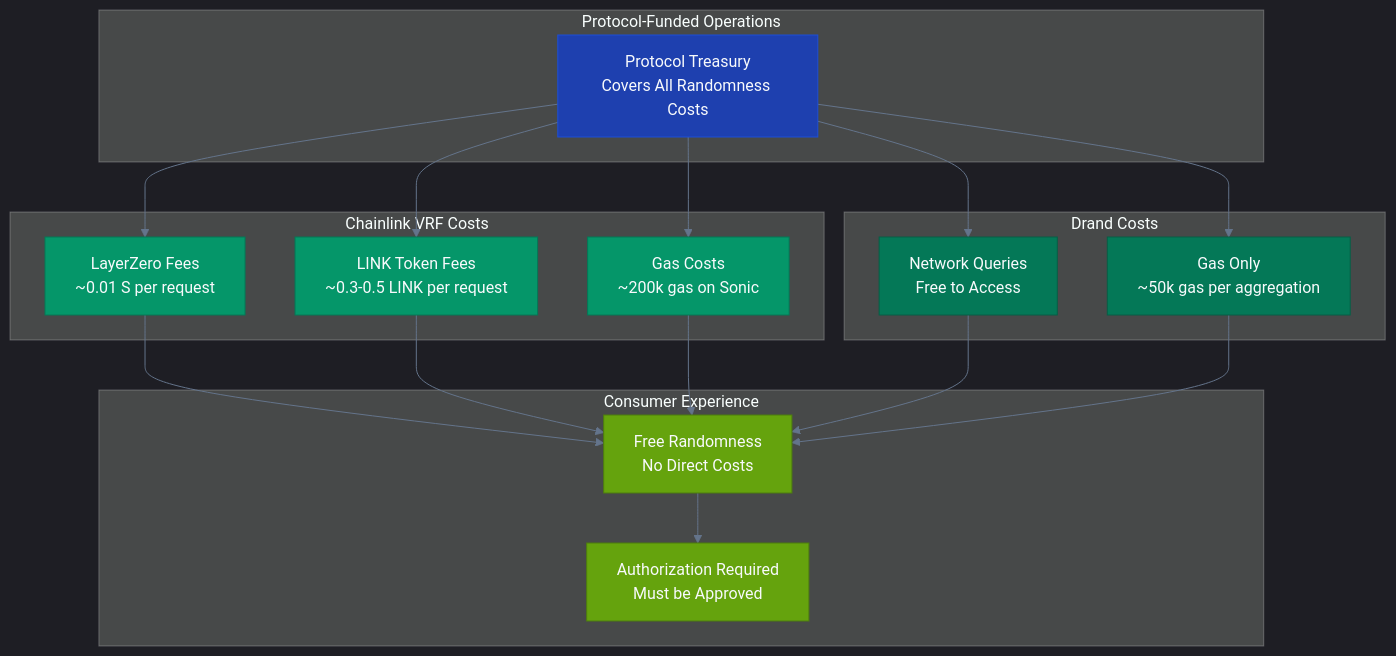
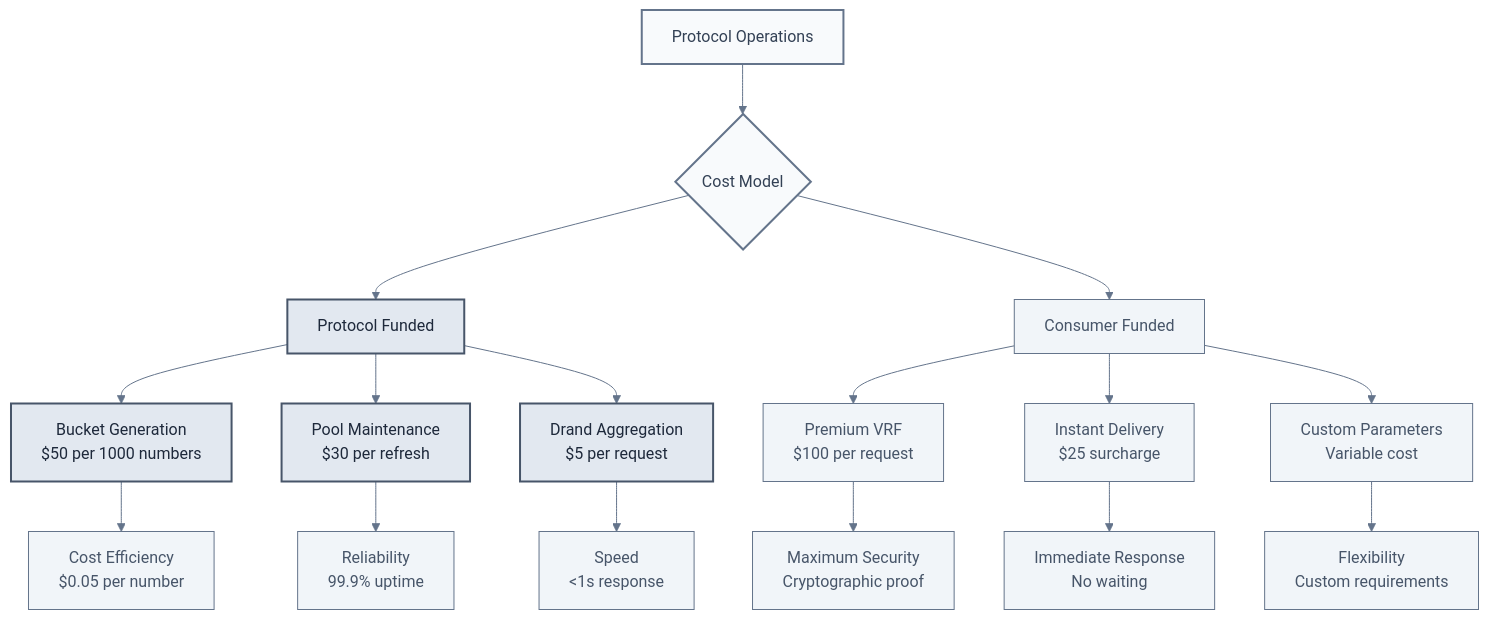
Before and after one commit to wenakita/sonicreddragon-docs: the seventh of 8 diagrams in docs/contracts/core/randomness-provider.md, drawn with Mermaid. The commit also changed other lines of this file and 3 other files, not shown here.

````diff
--- a/docs/contracts/core/randomness-provider.md
+++ b/docs/contracts/core/randomness-provider.md
@@ -513,54 +453,44 @@
 ```mermaid
 %%{init: {
-  'theme': 'dark',
+  'theme': 'base',
   'themeVariables': {
-    'primaryColor': '#be185d',
-    'primaryTextColor': '#f8fafc',
-    'lineColor': '#64748b'
+    'primaryColor': '#f8fafc',
+    'primaryTextColor': '#334155',
+    'primaryBorderColor': '#64748b',
+    'lineColor': '#64748b',
+    'secondaryColor': '#f1f5f9',
+    'tertiaryColor': '#e2e8f0'
   }
 }}%%
+
 graph TD
-    subgraph "Protocol-Funded Operations"
-        A["Protocol Treasury<br/>Covers All Randomness Costs"]
-    end
+    A[Protocol Operations] --> B{Cost Model}
     
-    subgraph "Chainlink VRF Costs"
-        B["LayerZero Fees<br/>~0.01 S per request"]
-        C["LINK Token Fees<br/>~0.3-0.5 LINK per request"]
-        D["Gas Costs<br/>~200k gas on Sonic"]
-    end
+    B --> C[Protocol Funded]
+    B --> D[Consumer Funded]
     
-    subgraph "Drand Costs"
-        E["Network Queries<br/>Free to Access"]
-        F["Gas Only<br/>~50k gas per aggregation"]
-    end
+    C --> E[Bucket Generation<br/>$50 per 1000 numbers]
+    C --> F[Pool Maintenance<br/>$30 per refresh]
+    C --> G[Drand Aggregation<br/>$5 per request]
     
-    subgraph "Consumer Experience"
-        G["Free Randomness<br/>No Direct Costs"]
-        H["Authorization Required<br/>Must be Approved"]
-    end
+    D --> H[Premium VRF<br/>$100 per request]
+    D --> I[Instant Delivery<br/>$25 surcharge]
+    D --> J[Custom Parameters<br/>Variable cost]
     
-    A --> B
-    A --> C
-    A --> D
-    A --> E
-    A --> F
+    E --> K[Cost Efficiency<br/>$0.05 per number]
+    F --> L[Reliability<br/>99.9% uptime]
+    G --> M[Speed<br/>&lt;1s response]
     
-    B --> G
-    C --> G
-    D --> G
-    E --> G
-    F --> G
+    H --> N[Maximum Security<br/>Cryptographic proof]
+    I --> O[Immediate Response<br/>No waiting]
+    J --> P[Flexibility<br/>Custom requirements]
+
+    classDef default fill:#f8fafc,stroke:#64748b,stroke-width:2px,color:#334155
+    classDef protocol fill:#e2e8f0,stroke:#475569,stroke-width:2px,color:#1e293b
+    classDef consumer fill:#f1f5f9,stroke:#64748b,stroke-width:1px,color:#475569
+    classDef benefit fill:#f1f5f9,stroke:#64748b,stroke-width:1px,color:#475569
     
-    G --> H
-    
-    classDef protocol fill:#1e40af,stroke:#1d4ed8,color:#f8fafc
-    classDef chainlink fill:#059669,stroke:#047857,color:#f8fafc
-    classDef drand fill:#047857,stroke:#065f46,color:#f8fafc
-    classDef consumer fill:#65a30d,stroke:#4d7c0f,color:#f8fafc
-    
-    class A protocol
-    class B,C,D chainlink
-    class E,F drand
-    class G,H consumer
+    class C,E,F,G protocol
+    class D,H,I,J consumer
+    class K,L,M,N,O,P benefit
 ```
````
